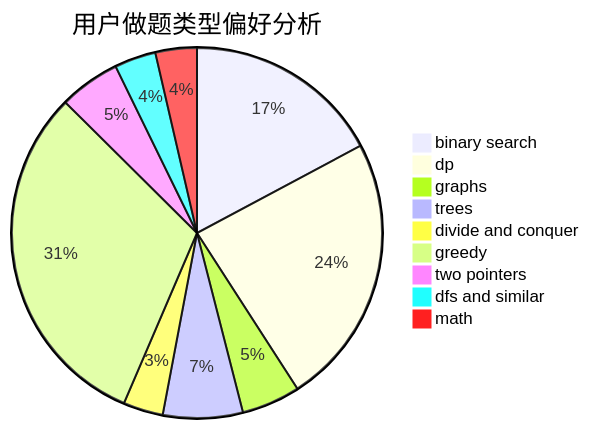
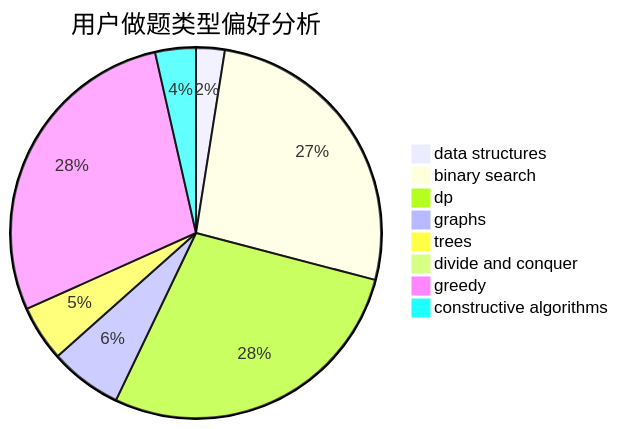
One commit to sherpahu/cfrs.github.io changed the second of 3 diagrams in docs/user/u132.md. Above: the diagram before and after it, drawn with Mermaid. The commit also changed other lines of this file and 2775 other files, not shown here.

````diff
--- a/docs/user/u132.md
+++ b/docs/user/u132.md
@@ -23,12 +23,11 @@
 ```mermaid
 pie title 用户做题类型偏好分析
-    "binary search" :  252
-    "dp" :  347
-    "graphs" :  75
-    "trees" :  102
-    "divide and conquer" :  51
-    "greedy" :  454
-    "two pointers" :  78
-    "dfs and similar" :  53
-    "math" :  53
+    "data structures" :  19
+    "binary search" :  202
+    "dp" :  213
+    "graphs" :  48
+    "trees" :  37
+    "divide and conquer" :  1
+    "greedy" :  214
+    "constructive algorithms" :  27
 ```
````
